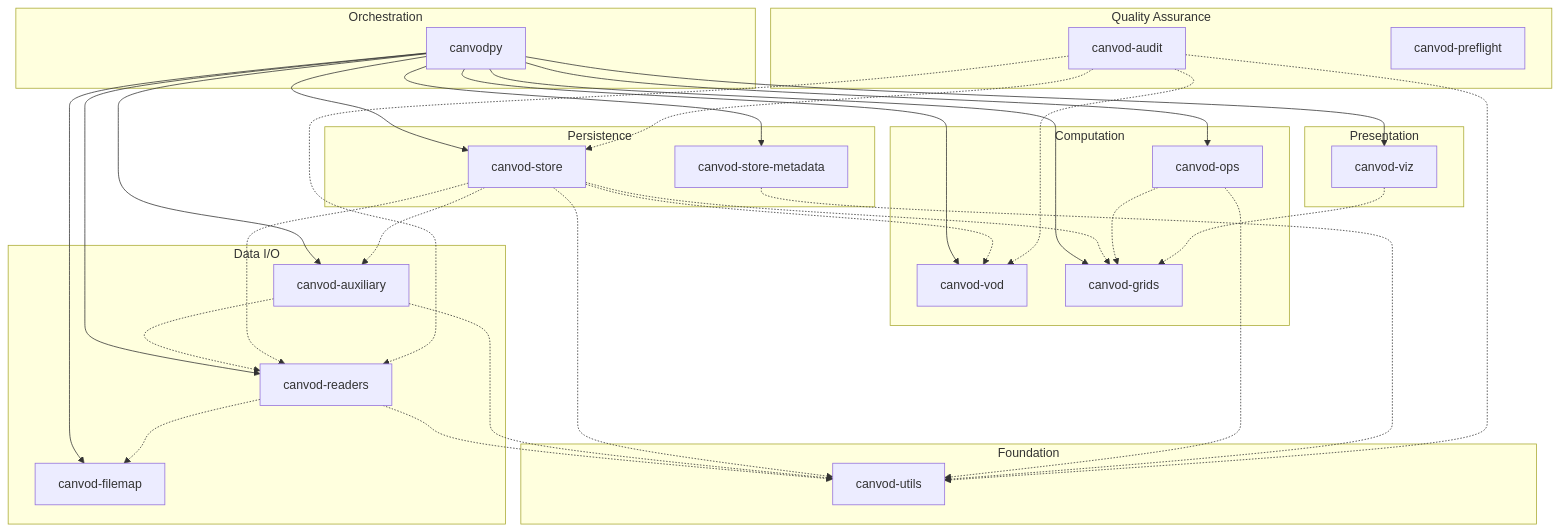
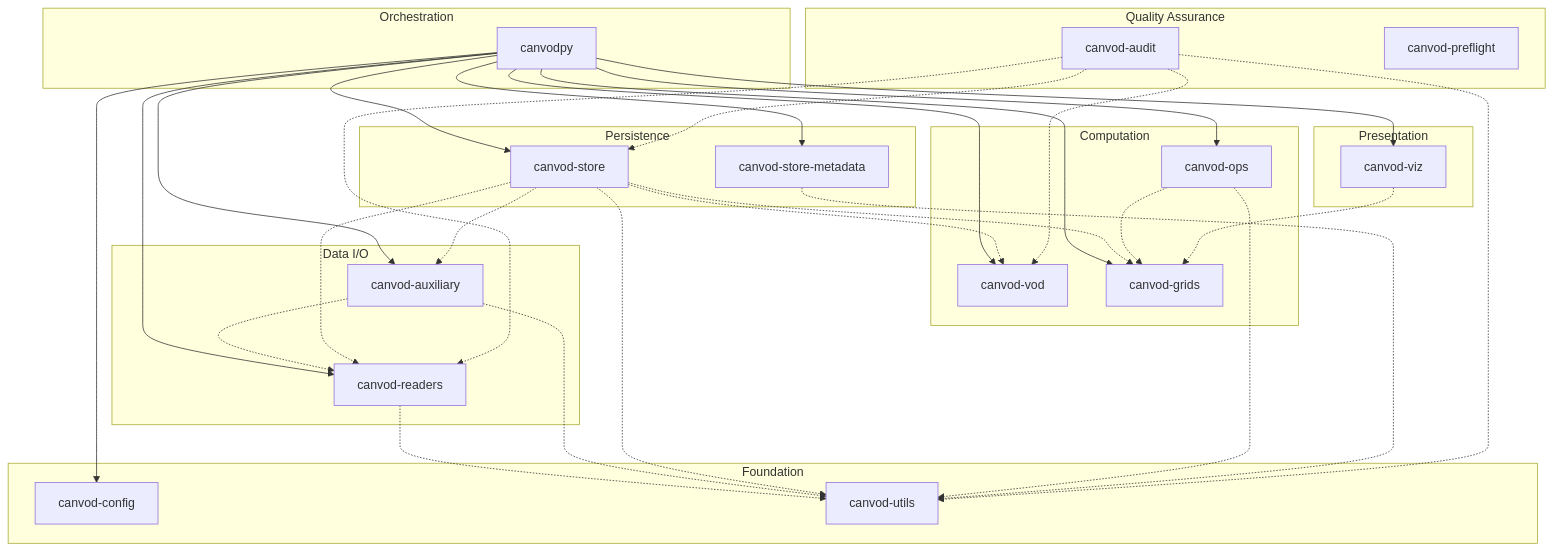
One commit to nfb2021/canvodpy changed the first of 2 diagrams in docs/architecture.md. Above: the diagram before and after it, drawn with Mermaid. The commit also changed other lines of this file and 6 other files, not shown here.

First line of the commit message:
docs: complete package-list sweep for canvod-config and canvod-airflow

````diff
--- a/docs/architecture.md
+++ b/docs/architecture.md
@@ -35,58 +35,58 @@
 ```mermaid
 graph TD
     subgraph ORCHESTRATION["Orchestration"]
         CANVODPY["canvodpy"]
     end
 
     subgraph COMPUTE["Computation"]
         VOD["canvod-vod"]
         GRIDS["canvod-grids"]
         OPS["canvod-ops"]
     end
 
     subgraph STORE_LAYER["Persistence"]
         STORE["canvod-store"]
         STOREMETA["canvod-store-metadata"]
     end
 
     subgraph DATAIO["Data I/O"]
         READERS["canvod-readers"]
         AUX["canvod-auxiliary"]
-        NAMING["canvod-filemap"]
     end
 
     subgraph PRESENT["Presentation"]
         VIZ["canvod-viz"]
     end
 
     subgraph QA["Quality Assurance"]
         AUDIT["canvod-audit"]
         PREFLIGHT["canvod-preflight"]
     end
 
     subgraph FOUNDATION["Foundation"]
+        CONFIG["canvod-config"]
         UTILS["canvod-utils"]
     end
 
-    CANVODPY --> READERS & AUX & NAMING
+    CANVODPY --> READERS & AUX
     CANVODPY --> STORE & STOREMETA
     CANVODPY --> VOD & GRIDS & OPS & VIZ
+    CANVODPY --> CONFIG
 
     READERS -.-> UTILS
-    READERS -.-> NAMING
     AUX -.-> READERS
     AUX -.-> UTILS
     STORE -.-> READERS
     STORE -.-> AUX
     STORE -.-> GRIDS
     STORE -.-> VOD
     STORE -.-> UTILS
     OPS -.-> GRIDS
     OPS -.-> UTILS
     VIZ -.-> GRIDS
     STOREMETA -.-> UTILS
     AUDIT -.-> READERS
     AUDIT -.-> STORE
     AUDIT -.-> VOD
     AUDIT -.-> UTILS
 ```
````
